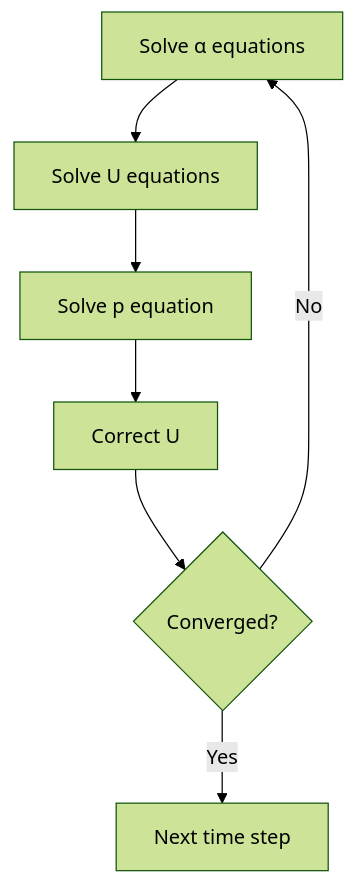
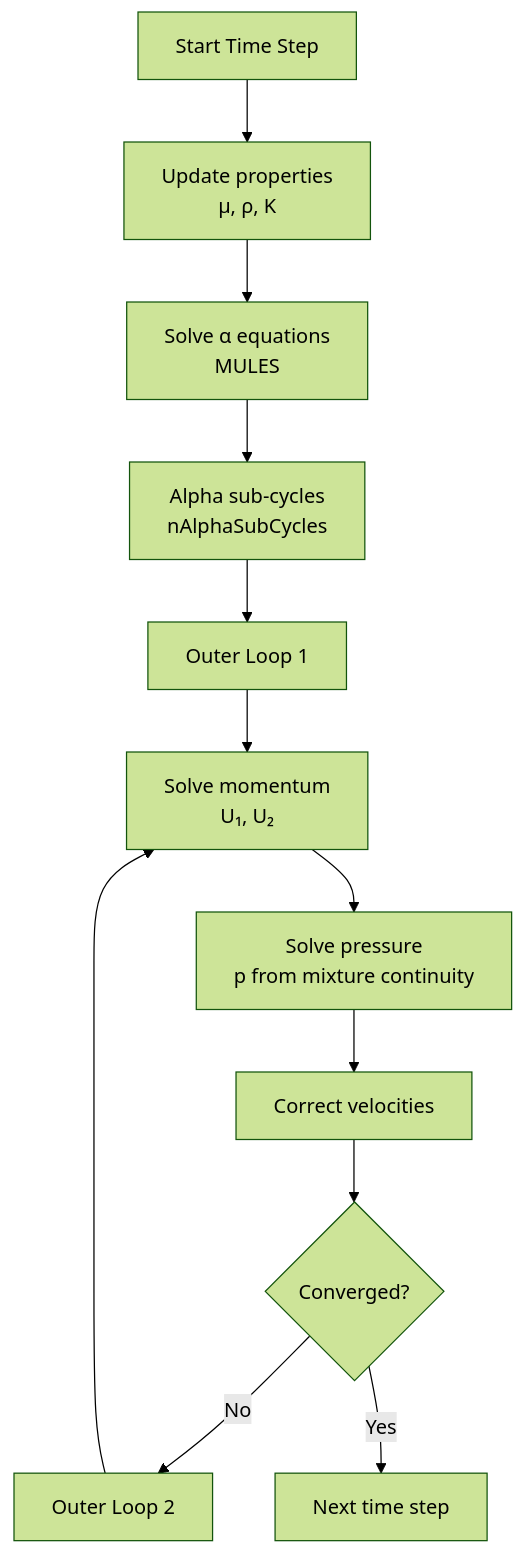
One commit to wramet/build-my-cfd changed the second of 2 diagrams in MODULE_04_MULTIPHASE_FUNDAMENTALS/CONTENT/03_EULER_EULER_METHOD/03_Implementation_Concepts.md. Above: the diagram before and after it, drawn with Mermaid (forest theme). The commit also changed other lines of this file and 75 other files, not shown here.

````diff
--- a/MODULE_04_MULTIPHASE_FUNDAMENTALS/CONTENT/03_EULER_EULER_METHOD/03_Implementation_Concepts.md
+++ b/MODULE_04_MULTIPHASE_FUNDAMENTALS/CONTENT/03_EULER_EULER_METHOD/03_Implementation_Concepts.md
@@ -86,9 +745,14 @@
 ```mermaid
 flowchart TD
-    A[Solve α equations] --> B[Solve U equations]
-    B --> C[Solve p equation]
-    C --> D[Correct U]
-    D --> E{Converged?}
-    E -->|No| A
-    E -->|Yes| F[Next time step]
+    A[Start Time Step] --> B[Update properties<br/>μ, ρ, K]
+    B --> C[Solve α equations<br/>MULES]
+    C --> D[Alpha sub-cycles<br/>nAlphaSubCycles]
+    D --> E[Outer Loop 1]
+    E --> F[Solve momentum<br/>U₁, U₂]
+    F --> G[Solve pressure<br/>p from mixture continuity]
+    G --> H[Correct velocities]
+    H --> I{Converged?}
+    I -->|No| J[Outer Loop 2]
+    J --> F
+    I -->|Yes| K[Next time step]
 ```
````
